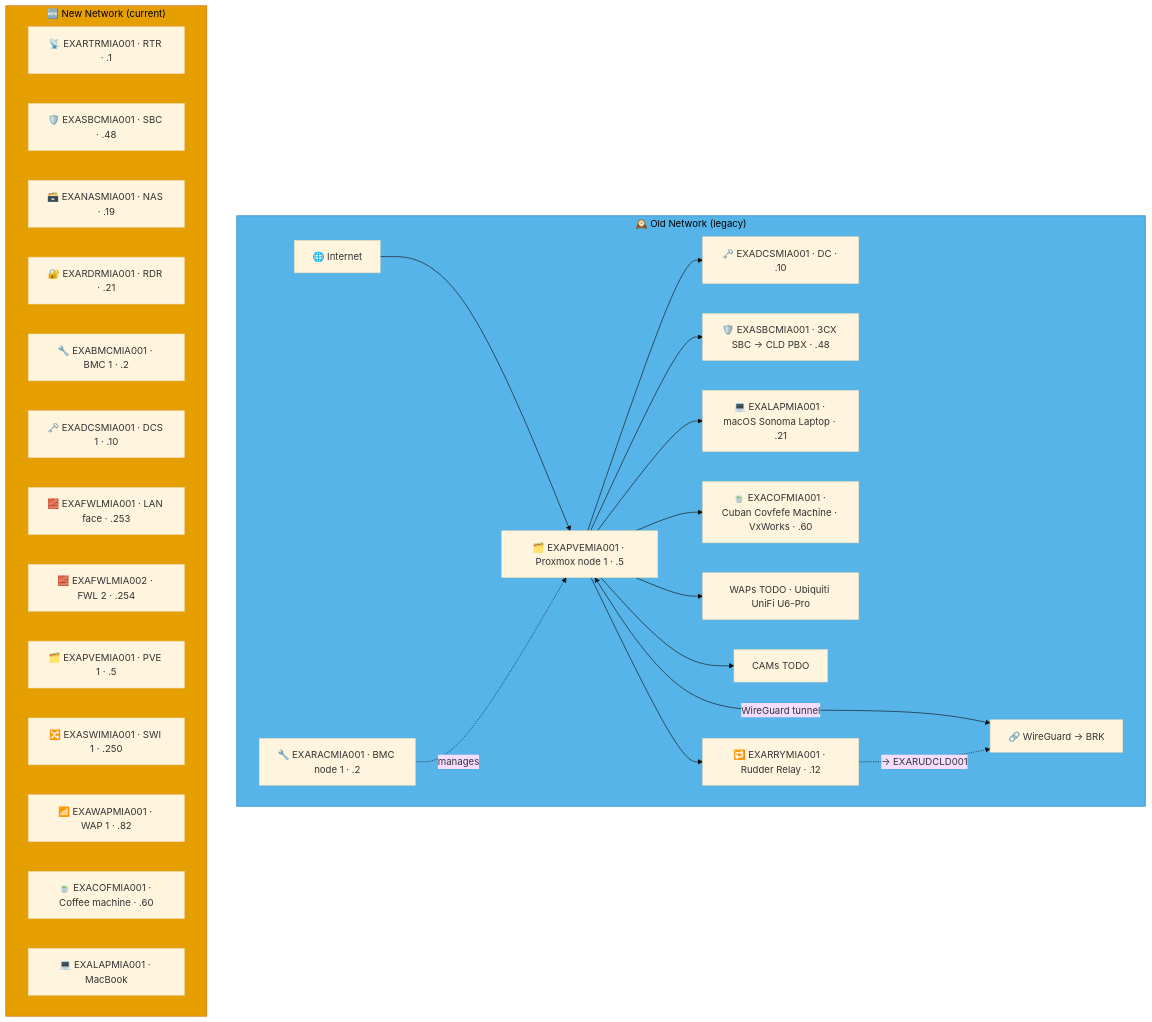
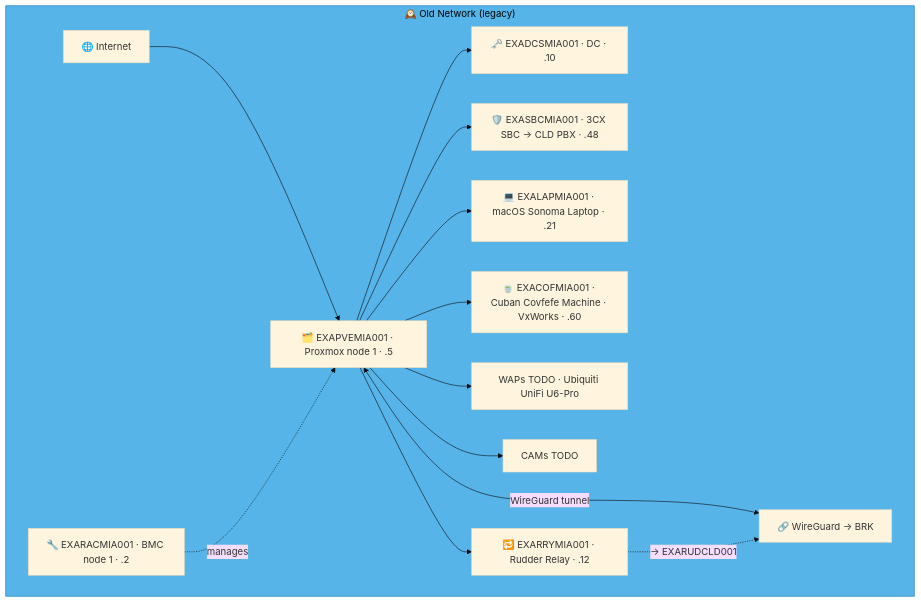
The seventh of 16 diagrams in docs/network-diagram/united-states.md (knightmare2600/example_music_infra), drawn with Mermaid (base theme) before and after one commit. The commit also changed other lines of this file and 35 other files, not shown here.

````diff
--- a/docs/network-diagram/united-states.md
+++ b/docs/network-diagram/united-states.md
@@ -196,43 +269,25 @@
 ```mermaid
 graph TD
     subgraph OLD_MIA ["🕰️ Old Network (legacy)"]
       INET["🌐 Internet"]
       RAC["🔧 EXARACMIA001 · BMC node 1 · .2"]
       PVE["🗂️ EXAPVEMIA001 · Proxmox node 1 · .5"]
       DC["🗝️ EXADCSMIA001 · DC · .10"]
       SBC["🛡️ EXASBCMIA001 · 3CX SBC → CLD PBX · .48"]
       RRY["🔁 EXARRYMIA001 · Rudder Relay · .12"]
       LAP["💻 EXALAPMIA001 · macOS Sonoma Laptop · .21"]
       COF["🍵 EXACOFMIA001 · Cuban Covfefe Machine · VxWorks · .60"]
       WAP["WAPs TODO · Ubiquiti UniFi U6-Pro"]
       CAM["CAMs TODO"]
       VPN["🔗 WireGuard → BRK"]
 
       INET --> PVE --> DC & SBC
       RAC -.->|"manages"| PVE
       PVE --> LAP & COF & WAP & CAM
       PVE <-->|"WireGuard tunnel"| VPN
 
       PVE --> RRY
       RRY -. "→ EXARUDCLD001" .-> VPN
     end
     style OLD_MIA fill:#56B4E9,stroke:#0072B2,color:#000000
-    %% GENERATED:NEW-NETWORK:MIA:START
-    subgraph NEW_MIA ["🆕 New Network (current)"]
-      N_RTR["📡 EXARTRMIA001 · RTR · .1"]
-      N_SBC["🛡️ EXASBCMIA001 · SBC · .48"]
-      N_NAS["🗃️ EXANASMIA001 · NAS · .19"]
-      N_RDR["🔐 EXARDRMIA001 · RDR · .21"]
-      N_BMC["🔧 EXABMCMIA001 · BMC 1 · .2"]
-      N_DCS["🗝️ EXADCSMIA001 · DCS 1 · .10"]
-      N_FWL["🧱 EXAFWLMIA001 · LAN face · .253"]
-      N_FWL2["🧱 EXAFWLMIA002 · FWL 2 · .254"]
-      N_PVE["🗂️ EXAPVEMIA001 · PVE 1 · .5"]
-      N_SWI["🔀 EXASWIMIA001 · SWI 1 · .250"]
-      N_WAP["📶 EXAWAPMIA001 · WAP 1 · .82"]
-      N_COF["🍵 EXACOFMIA001 · Coffee machine · .60"]
-      N_LAP["💻 EXALAPMIA001 · MacBook"]
-    end
-    style NEW_MIA fill:#E69F00,stroke:#D55E00,color:#000000
-    %% GENERATED:NEW-NETWORK:MIA:END
 ```
````
